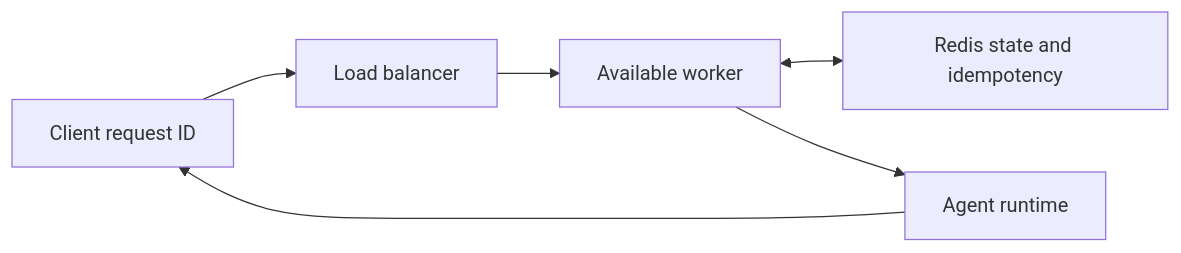
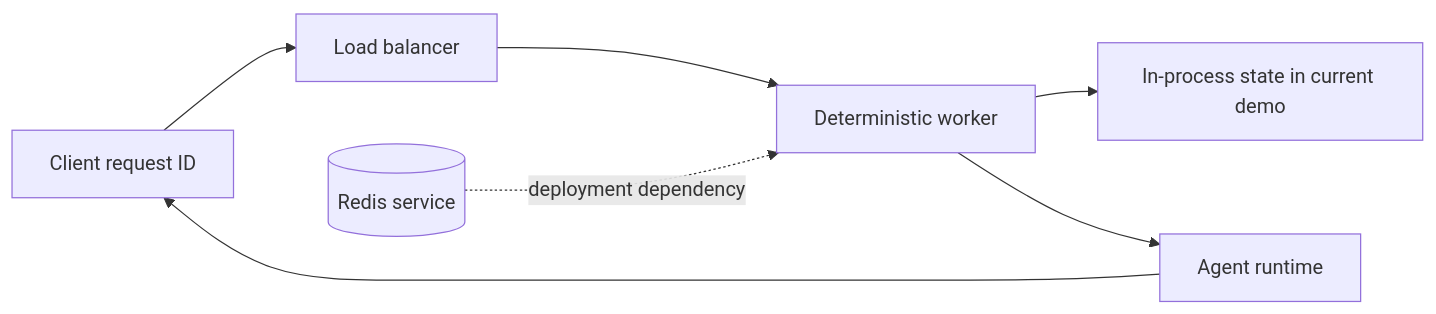
The diagram in README.md (LucasRangelSSouza/distributed-agent-runtime-lab), drawn with Mermaid before and after one commit. The commit also changed other lines of this file and 23 other files, not shown here.

````diff
--- a/README.md
+++ b/README.md
@@ -5,8 +5,9 @@
 ```mermaid
 flowchart LR
     C[Client request ID] --> L[Load balancer]
-    L --> W[Available worker]
-    W <--> R[Redis state and idempotency]
+    L --> W[Deterministic worker]
+    W --> S[In-process state in current demo]
+    R[(Redis service)] -. deployment dependency .-> W
     W --> A[Agent runtime]
     A --> C
 ```
````
